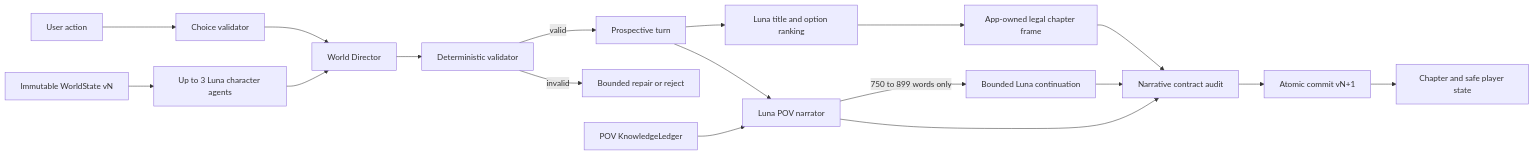
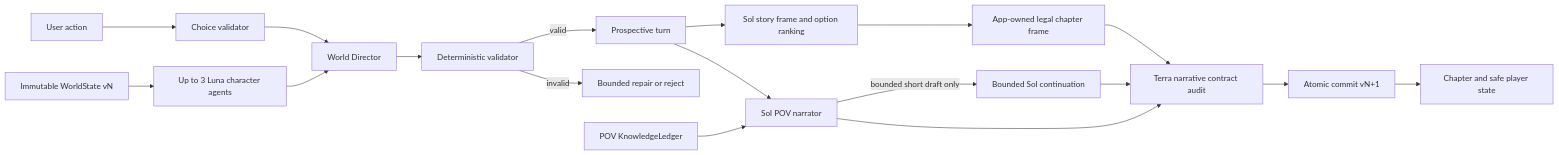
Before and after one commit to shivam-g10/infinite-litrpg: the diagram in docs/ARCHITECTURE.md, drawn with Mermaid. The commit also changed other lines of this file and 54 other files, not shown here.

````diff
--- a/docs/ARCHITECTURE.md
+++ b/docs/ARCHITECTURE.md
@@ -7,20 +7,20 @@
 ```mermaid
 flowchart LR
     U["User action"] --> P["Choice validator"]
     S["Immutable WorldState vN"] --> A["Up to 3 Luna character agents"]
     P --> D["World Director"]
     A --> D
     D --> V["Deterministic validator"]
     V -->|valid| T["Prospective turn"]
     V -->|invalid| R["Bounded repair or reject"]
-    T --> F["Luna title and option ranking"]
+    T --> F["Sol story frame and option ranking"]
     F --> G["App-owned legal chapter frame"]
-    T --> N["Luna POV narrator"]
+    T --> N["Sol POV narrator"]
     K["POV KnowledgeLedger"] --> N
-    N -->|750 to 899 words only| L["Bounded Luna continuation"]
-    L --> Q["Narrative contract audit"]
+    N -->|bounded short draft only| L["Bounded Sol continuation"]
+    L --> Q["Terra narrative contract audit"]
     G --> Q
-    N --> Q["Narrative contract audit"]
+    N --> Q["Terra narrative contract audit"]
     Q --> C["Atomic commit vN+1"]
     C --> H["Chapter and safe player state"]
 ```
````
